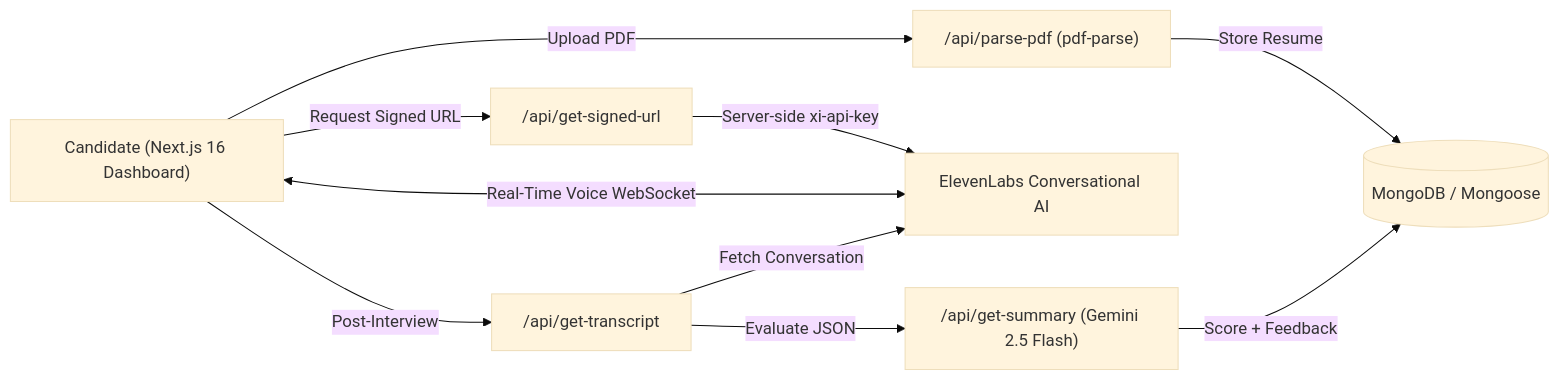
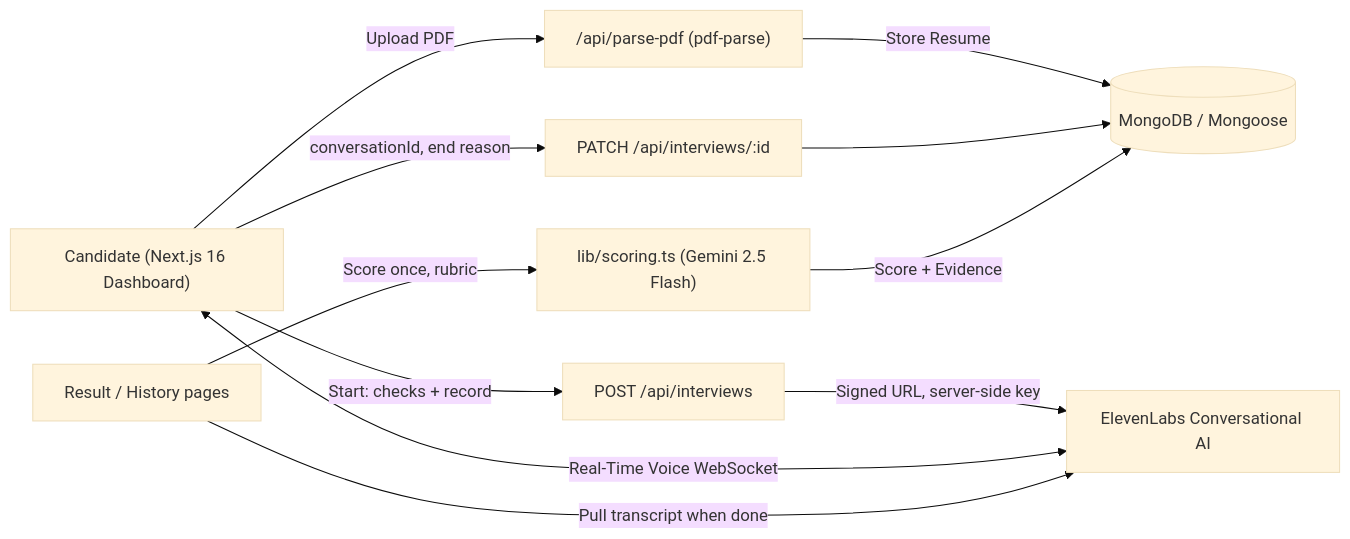
Before and after one commit to M-U-Rony/swe-interview: the diagram in README.md, drawn with Mermaid (base theme). The commit also changed other lines of this file and 18 other files, not shown here.

First line of the commit message:
Move the prompt onto the agent and score with a rubric (D4, D5, D7, D10, D11)

````diff
--- a/README.md
+++ b/README.md
@@ -18,12 +18,13 @@
 ```mermaid
 flowchart LR
     Candidate["Candidate (Next.js 16 Dashboard)"] -->|Upload PDF| Parser["/api/parse-pdf (pdf-parse)"]
     Parser -->|Store Resume| Mongo[(MongoDB / Mongoose)]
-    Candidate -->|Request Signed URL| SignedURL["/api/get-signed-url"]
-    SignedURL -->|Server-side xi-api-key| EL["ElevenLabs Conversational AI"]
+    Candidate -->|Start: checks + record| Start["POST /api/interviews"]
+    Start -->|Signed URL, server-side key| EL["ElevenLabs Conversational AI"]
     Candidate <-->|Real-Time Voice WebSocket| EL
-    Candidate -->|Post-Interview| Transcript["/api/get-transcript"]
-    Transcript -->|Fetch Conversation| EL
-    Transcript -->|Evaluate JSON| Gemini["/api/get-summary (Gemini 2.5 Flash)"]
-    Gemini -->|Score + Feedback| Mongo
+    Candidate -->|conversationId, end reason| Track["PATCH /api/interviews/:id"]
+    Track --> Mongo
+    Result["Result / History pages"] -->|Pull transcript when done| EL
+    Result -->|Score once, rubric| Gemini["lib/scoring.ts (Gemini 2.5 Flash)"]
+    Gemini -->|Score + Evidence| Mongo
 ```
````
